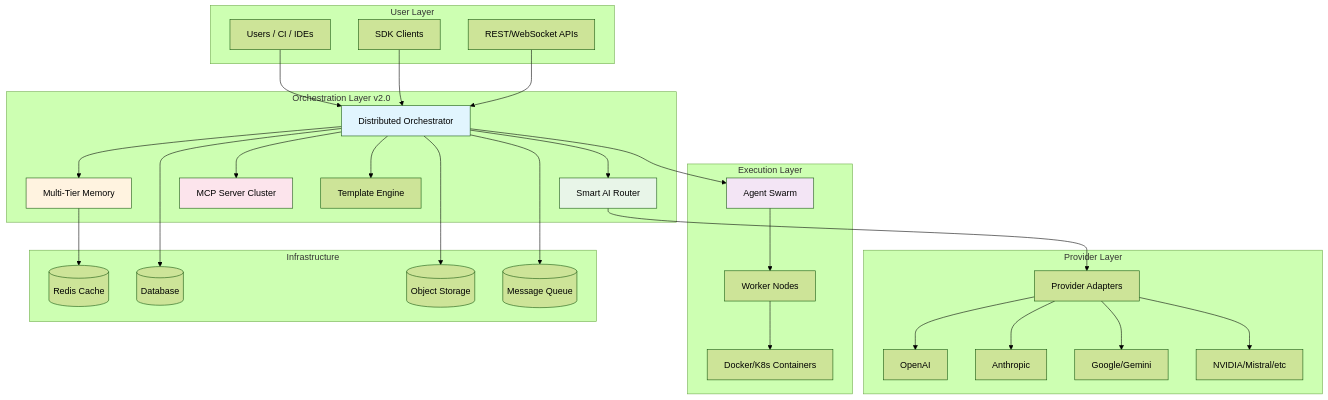
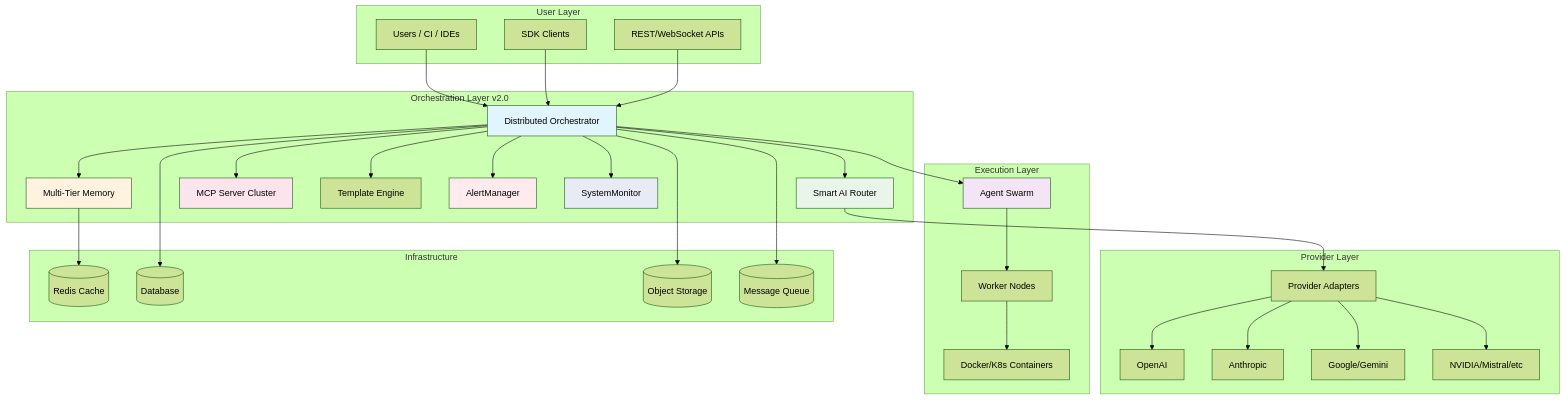
The diagram in README.md (Srujan0798/Ultra-Dex), drawn with Mermaid (forest theme) before and after one commit. The commit also changed other lines of this file, not shown here.

````diff
--- a/README.md
+++ b/README.md
@@ -106,67 +110,73 @@
 ```mermaid
 flowchart TB
   subgraph "User Layer"
     U[Users / CI / IDEs]
     SDK[SDK Clients]
     API[REST/WebSocket APIs]
   end
 
   subgraph "Orchestration Layer v2.0"
     ORCH[Distributed Orchestrator]
     ROUTER[Smart AI Router]
     MEMORY[Multi-Tier Memory]
     MCP[MCP Server Cluster]
     TEMPLATES[Template Engine]
+    ALERTS[AlertManager]
+    MONITOR[SystemMonitor]
   end
 
   subgraph "Execution Layer"
     AGENTS[Agent Swarm]
     WORKERS[Worker Nodes]
     CONTAINERS[Docker/K8s Containers]
   end
 
   subgraph "Provider Layer"
     PROVIDERS[Provider Adapters]
     OPENAI[OpenAI]
     ANTHROPIC[Anthropic]
     GOOGLE[Google/Gemini]
     OTHERS[NVIDIA/Mistral/etc]
   end
 
   subgraph "Infrastructure"
     REDIS[(Redis Cache)]
     DB[(Database)]
     STORAGE[(Object Storage)]
     QUEUE[(Message Queue)]
   end
 
   U --> ORCH
   SDK --> ORCH
   API --> ORCH
 
   ORCH --> ROUTER
   ORCH --> MEMORY
   ORCH --> MCP
   ORCH --> TEMPLATES
+  ORCH --> ALERTS
+  ORCH --> MONITOR
 
   ORCH --> AGENTS
   AGENTS --> WORKERS
   WORKERS --> CONTAINERS
 
   ROUTER --> PROVIDERS
   PROVIDERS --> OPENAI
   PROVIDERS --> ANTHROPIC
   PROVIDERS --> GOOGLE
   PROVIDERS --> OTHERS
 
   MEMORY --> REDIS
   ORCH --> DB
   ORCH --> STORAGE
   ORCH --> QUEUE
 
   style ORCH fill:#e1f5fe
   style ROUTER fill:#e8f5e8
   style MEMORY fill:#fff3e0
   style MCP fill:#fce4ec
   style AGENTS fill:#f3e5f5
+  style ALERTS fill:#ffebee
+  style MONITOR fill:#e8eaf6
 ```
````
